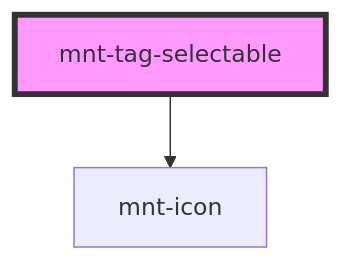
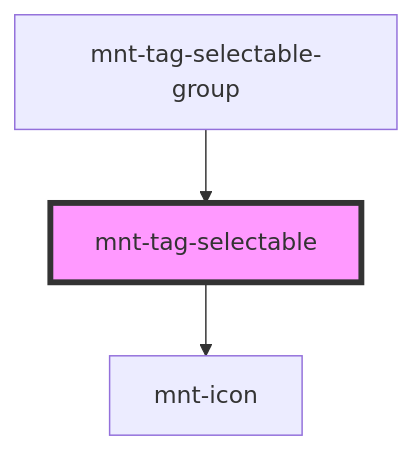
Before and after one commit to yooga-tecnologia/mantra: the diagram in src/components/tag/readme.md, drawn with Mermaid. The commit also changed other lines of this file and 14 other files, not shown here.

Commit message:
feat(tag-selectable-group): create component

````diff
--- a/src/components/tag/readme.md
+++ b/src/components/tag/readme.md
@@ -39,5 +44,6 @@
 ```mermaid
 graph TD;
   mnt-tag-selectable --> mnt-icon
+  mnt-tag-selectable-group --> mnt-tag-selectable
   style mnt-tag-selectable fill:#f9f,stroke:#333,stroke-width:4px
 ```
````
